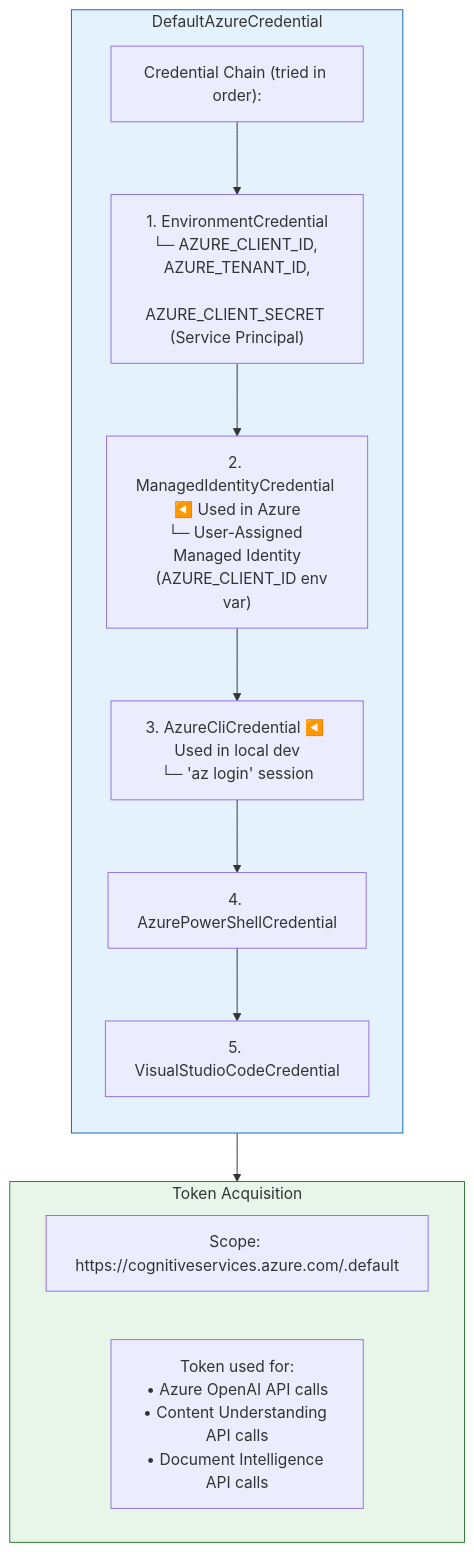
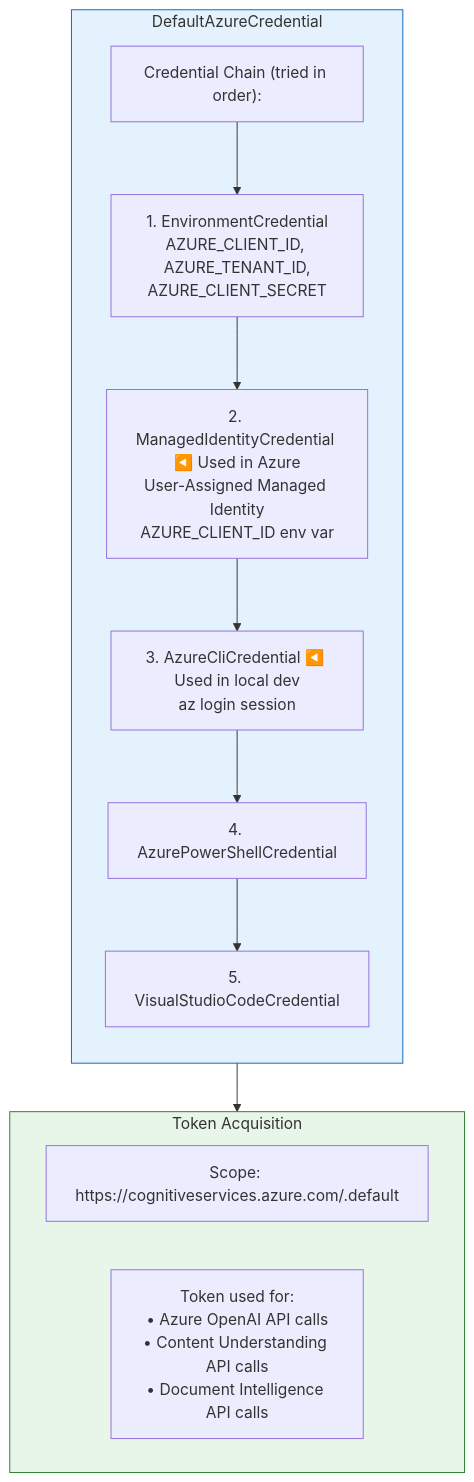
One commit to amgdy/rfp-analyzer changed diagram 13 of 20 in docs/ARCHITECTURE.md. Above: the diagram before and after it, drawn with Mermaid. The commit also changed other lines of this file and 1 other file, not shown here.

Commit message:
Update architecture diagrams in documentation to improve readability with HTML line breaks

````diff
--- a/docs/ARCHITECTURE.md
+++ b/docs/ARCHITECTURE.md
@@ -520,25 +520,25 @@
 ```mermaid
 flowchart TB
     subgraph DAC["DefaultAzureCredential"]
         direction TB
         Chain["Credential Chain (tried in order):"]
         
-        C1["1. EnvironmentCredential\n└─ AZURE_CLIENT_ID, AZURE_TENANT_ID,\n   AZURE_CLIENT_SECRET (Service Principal)"]
-        C2["2. ManagedIdentityCredential ◀️ Used in Azure\n└─ User-Assigned Managed Identity\n   (AZURE_CLIENT_ID env var)"]
-        C3["3. AzureCliCredential ◀️ Used in local dev\n└─ 'az login' session"]
+        C1["1. EnvironmentCredential<br>AZURE_CLIENT_ID, AZURE_TENANT_ID,<br>AZURE_CLIENT_SECRET"]
+        C2["2. ManagedIdentityCredential ◀️ Used in Azure<br>User-Assigned Managed Identity<br>AZURE_CLIENT_ID env var"]
+        C3["3. AzureCliCredential ◀️ Used in local dev<br>az login session"]
         C4["4. AzurePowerShellCredential"]
         C5["5. VisualStudioCodeCredential"]
         
         Chain --> C1 --> C2 --> C3 --> C4 --> C5
     end
     
     DAC --> Token
     
     subgraph Token["Token Acquisition"]
         T1["Scope: https://cognitiveservices.azure.com/.default"]
-        T2["Token used for:\n• Azure OpenAI API calls\n• Content Understanding API calls\n• Document Intelligence API calls"]
+        T2["Token used for:<br>• Azure OpenAI API calls<br>• Content Understanding API calls<br>• Document Intelligence API calls"]
     end
     
     style DAC fill:#e3f2fd,stroke:#1565c0
     style Token fill:#e8f5e9,stroke:#2e7d32
 ```
````
